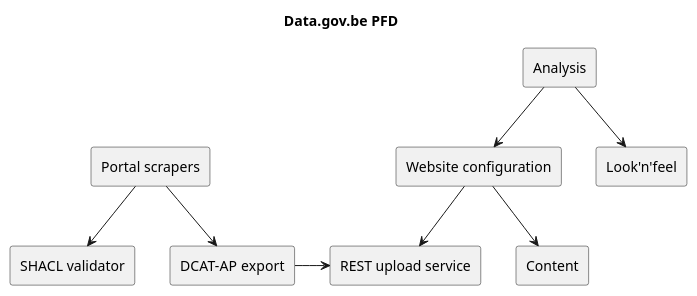
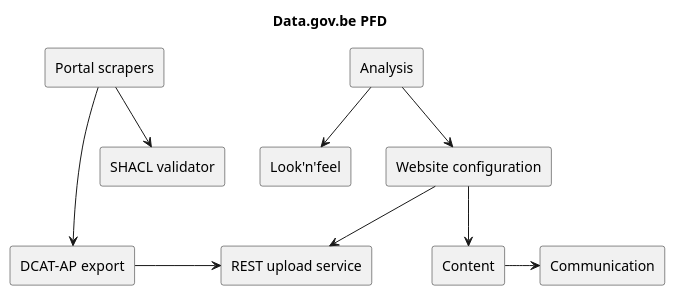
The diagram in datagovbe/openfed10/PFD.puml (Fedict/dcattools), drawn with PlantUML before and after one commit.

```diff
--- a/datagovbe/openfed10/PFD.puml
+++ b/datagovbe/openfed10/PFD.puml
@@ -1,25 +1,24 @@
 @startuml
-
 title Data.gov.be PFD
 
 rectangle "Portal scrapers" as PS
 rectangle "SHACL validator" as SHACL
 rectangle "DCAT-AP export" as export
 rectangle "Analysis" as A
 rectangle "Look'n'feel" as CSS
 rectangle "Website configuration" as config
 rectangle "Content" as content
 rectangle "REST upload service" as REST
-
-
+rectangle "Communication" as comm
 
 PS -down-> SHACL
-PS -down-> export
+PS --down-> export
 export -> REST
 
 A -down-> CSS
 A -down-> config
 config -down-> REST
 config -down-> content
 
+content -right-> comm
 @enduml
```
